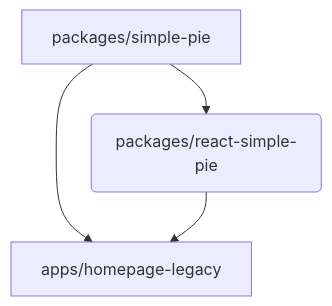
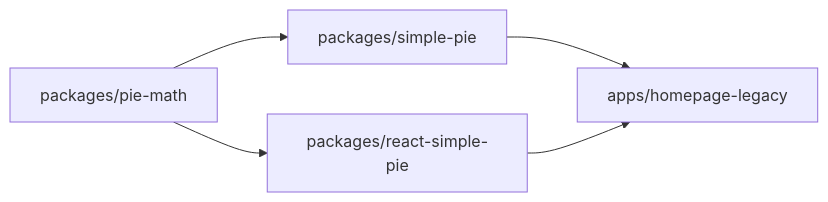
One commit to serjilyashenko/simple-pie-project changed the second of 2 diagrams in docs/monorepo.md. Above: the diagram before and after it, drawn with Mermaid. The commit also changed other lines of this file and 1 other file, not shown here.

Commit message:
docs(monorepo): internal-external packages structure

````diff
--- a/docs/monorepo.md
+++ b/docs/monorepo.md
@@ -64,6 +78,7 @@
 ```mermaid
-flowchart TD
-    SP[packages/simple-pie] --> RSP(packages/react-simple-pie)
-    SP --> HL[apps/homepage-legacy]
-    RSP --> HL
+flowchart LR
+  PM[packages/pie-math] --> SP[packages/simple-pie]
+  PM[packages/pie-math] --> RSP[packages/react-simple-pie]
+  SP --> HL[apps/homepage-legacy]
+  RSP --> HL
 ```
````
